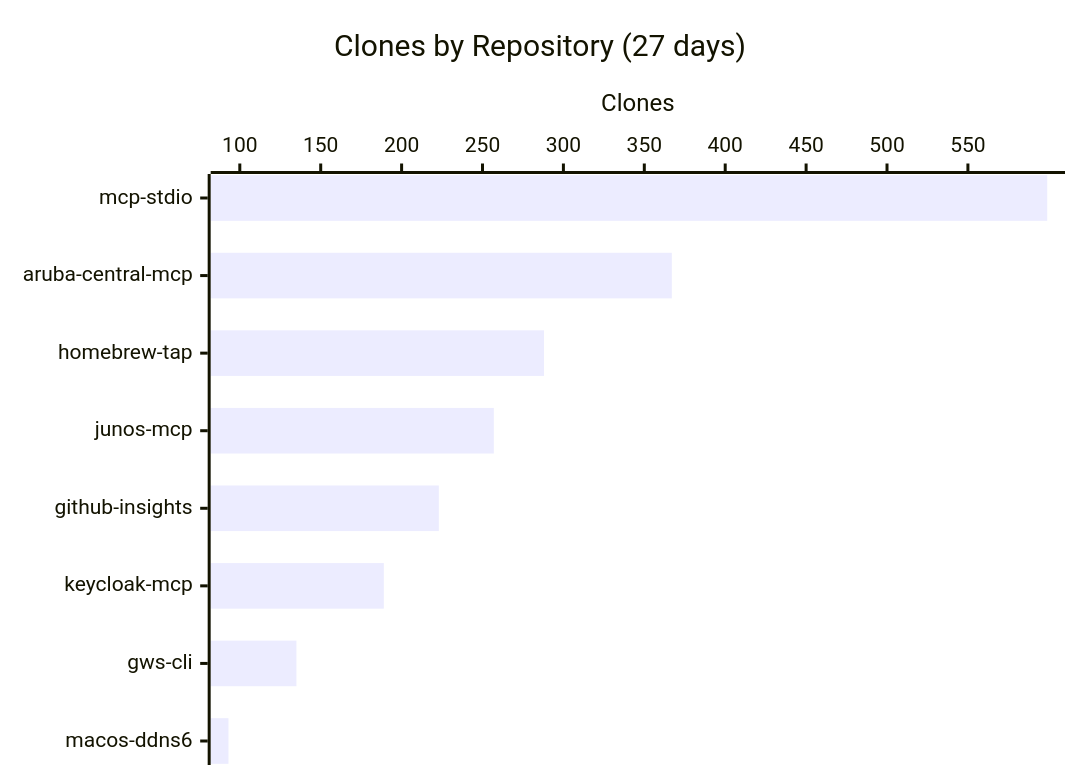
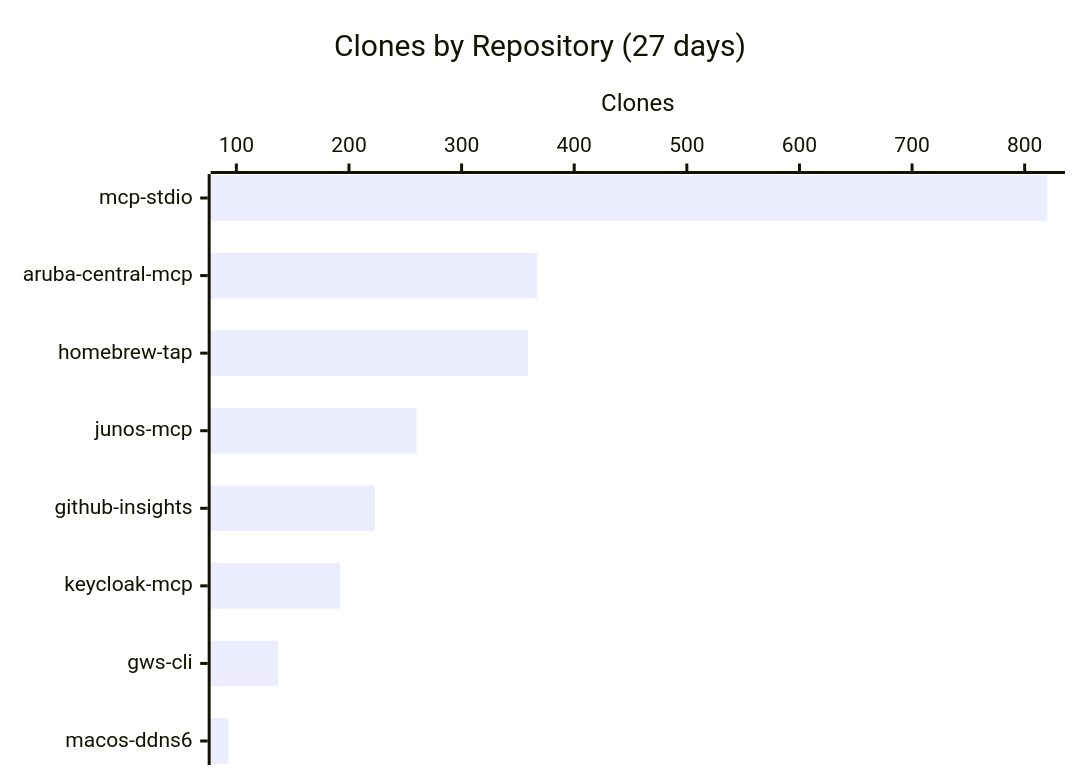
The third of 3 diagrams in README.md (shigechika/github-insights), drawn with Mermaid before and after one commit. The commit also changed other lines of this file and 1 other file, not shown here.

````diff
--- a/README.md
+++ b/README.md
@@ -52,7 +52,7 @@
 ```mermaid
 xychart-beta horizontal
     title "Clones by Repository (27 days)"
     x-axis ["mcp-stdio", "aruba-central-mcp", "homebrew-tap", "junos-mcp", "github-insights", "keycloak-mcp", "gws-cli", "macos-ddns6"]
     y-axis "Clones"
-    bar [599, 367, 288, 257, 223, 189, 135, 93]
+    bar [820, 367, 359, 260, 223, 192, 137, 93]
 ```
````
